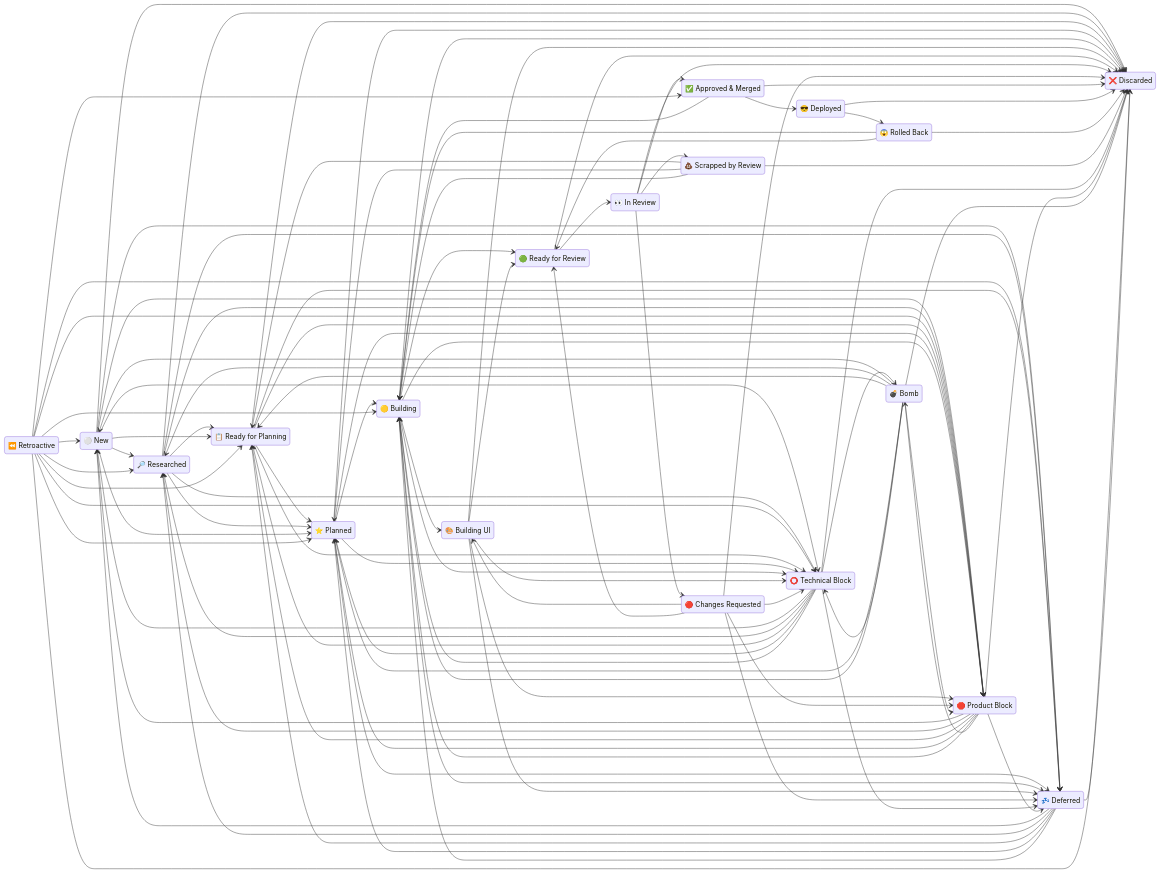
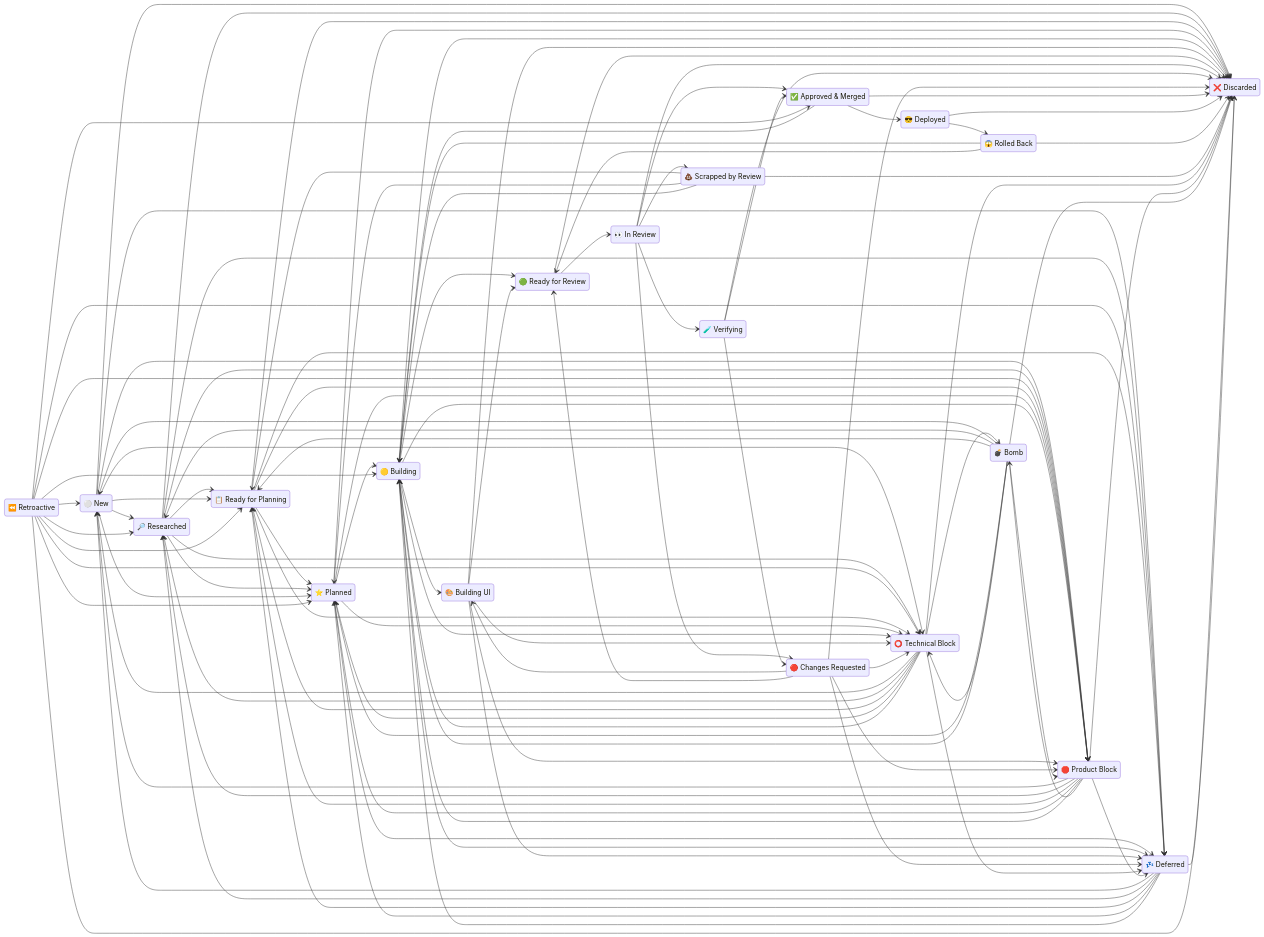
One commit to kigster/openlanes changed the diagram in docs/WORKFLOW.md. Above: the diagram before and after it, drawn with Mermaid. The commit also changed other lines of this file and 6 other files, not shown here.

```diff
--- a/docs/WORKFLOW.md
+++ b/docs/WORKFLOW.md
@@ -169,6 +171,7 @@
     building_ui : 🎨 Building UI
     ready_for_review : 🟢 Ready for Review
     in_review : 👀 In Review
+    verifying : 🧪 Verifying
     rejected : 🔴 Changes Requested
     approved : ✅ Approved & Merged
     deployed : 😎 Deployed
@@ -225,9 +228,12 @@
     rejected --> ready_for_review
     rolled_back --> ready_for_review
     ready_for_review --> in_review
+    in_review --> verifying
     in_review --> approved
+    verifying --> approved
     retroactive --> approved
     in_review --> rejected
+    verifying --> rejected
     in_review --> shit
     approved --> deployed
     deployed --> rolled_back
@@ -269,6 +275,7 @@
     building_ui --> discarded
     ready_for_review --> discarded
     in_review --> discarded
+    verifying --> discarded
     rejected --> discarded
     approved --> discarded
     deployed --> discarded
```
